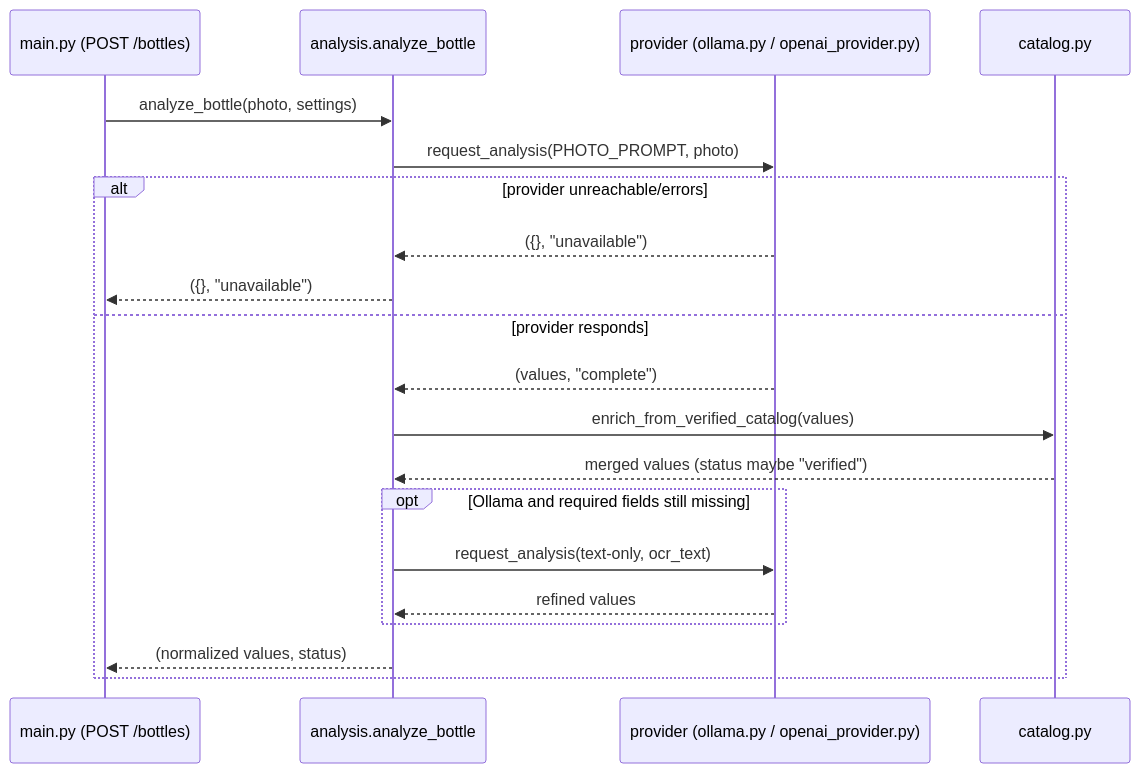
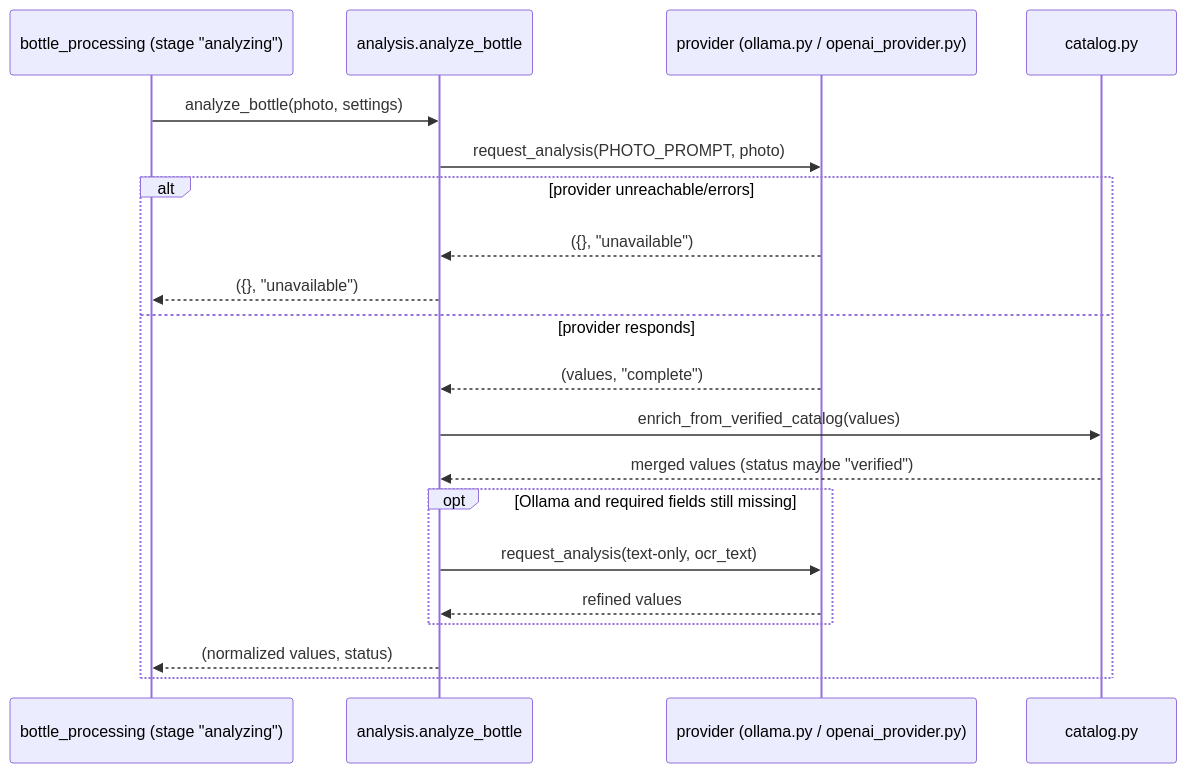
One commit to adhatcher-org/bourbonbook changed the diagram in docs/architecture/components/ai-analysis.md. Above: the diagram before and after it, drawn with Mermaid. The commit also changed other lines of this file and 21 other files, not shown here.

````diff
--- a/docs/architecture/components/ai-analysis.md
+++ b/docs/architecture/components/ai-analysis.md
@@ -94,23 +151,23 @@
 ```mermaid
 sequenceDiagram
-  participant Route as main.py (POST /bottles)
+  participant Route as bottle_processing (stage "analyzing")
   participant An as analysis.analyze_bottle
   participant Prov as provider (ollama.py / openai_provider.py)
   participant Cat as catalog.py
 
   Route->>An: analyze_bottle(photo, settings)
   An->>Prov: request_analysis(PHOTO_PROMPT, photo)
   alt provider unreachable/errors
     Prov-->>An: ({}, "unavailable")
     An-->>Route: ({}, "unavailable")
   else provider responds
     Prov-->>An: (values, "complete")
     An->>Cat: enrich_from_verified_catalog(values)
     Cat-->>An: merged values (status maybe "verified")
     opt Ollama and required fields still missing
       An->>Prov: request_analysis(text-only, ocr_text)
       Prov-->>An: refined values
     end
     An-->>Route: (normalized values, status)
   end
 ```
````
